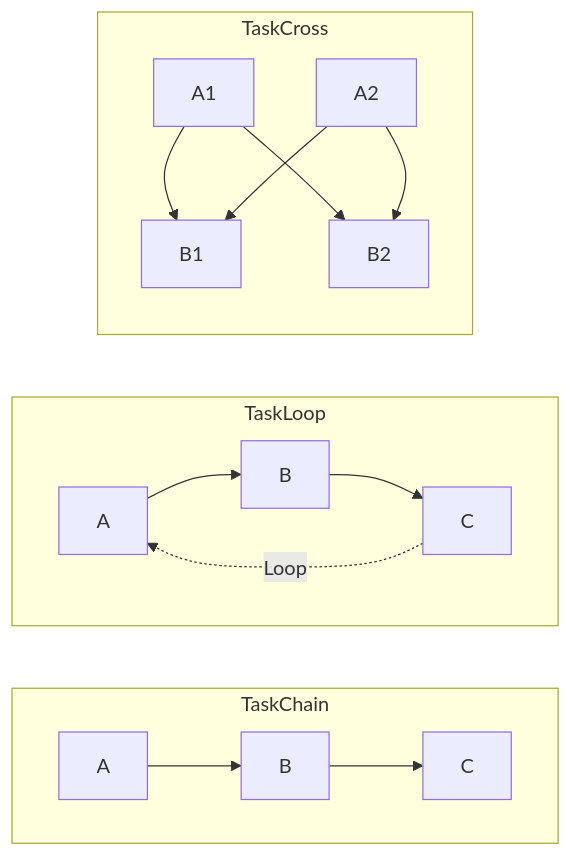
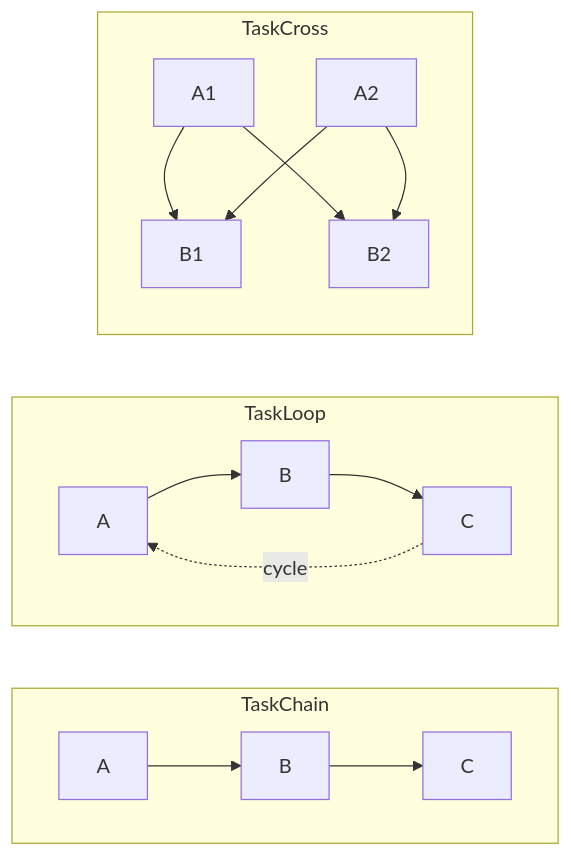
One commit to Mr-xiaotian/CelestialFlow changed the seventh of 9 diagrams in docs/en/presentation.md. Above: the diagram before and after it, drawn with Mermaid. The commit also changed other lines of this file and 278 other files, not shown here.

````diff
--- a/docs/en/presentation.md
+++ b/docs/en/presentation.md
@@ -473,21 +473,21 @@
 ```mermaid
 graph LR
     subgraph TaskChain
         direction LR
         C1[A] --> C2[B] --> C3[C]
     end
 
     subgraph TaskLoop
         direction LR
         L1[A] --> L2[B] --> L3[C]
-        L3 -.->|Loop| L1
+        L3 -.->|cycle| L1
     end
 
     subgraph TaskCross
         direction TB
         X1[A1] --> X3[B1]
         X1 --> X4[B2]
         X2[A2] --> X3
         X2 --> X4
     end
 ```
````
